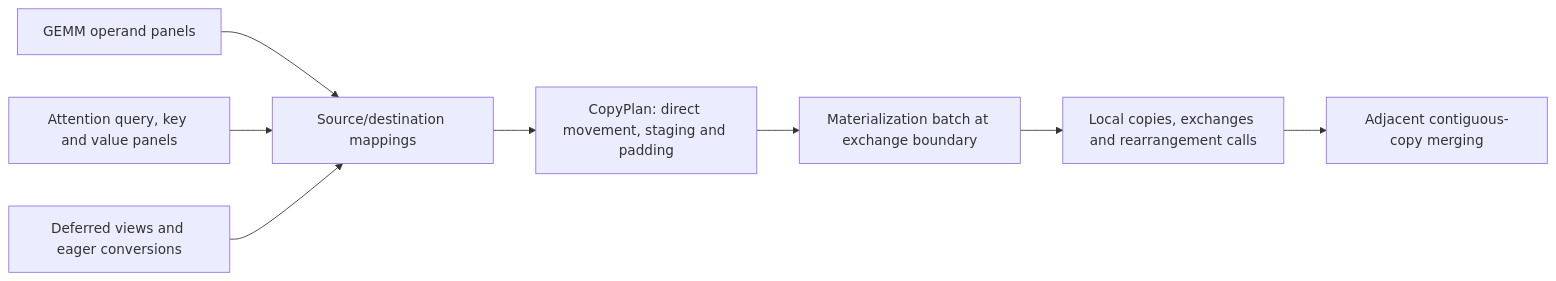
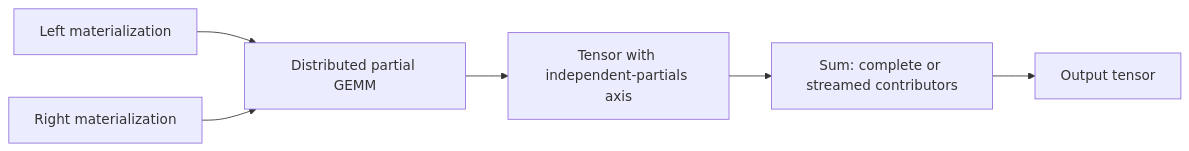
One commit to osmarks/ipu-stack changed the third of 3 diagrams in docs/COMPILER_DATA_FLOW.md. Above: the diagram before and after it, drawn with Mermaid. The commit also changed other lines of this file and 37 other files, not shown here.

````diff
--- a/docs/COMPILER_DATA_FLOW.md
+++ b/docs/COMPILER_DATA_FLOW.md
@@ -101,10 +66,8 @@
 ```mermaid
 flowchart LR
-  G[GEMM operand panels] --> MAP[Source/destination mappings]
-  A[Attention query, key and value panels] --> MAP
-  V[Deferred views and eager conversions] --> MAP
-  MAP --> PLAN[CopyPlan: direct movement, staging and padding]
-  PLAN --> BATCH[Materialization batch at exchange boundary]
-  BATCH --> WORK[Local copies, exchanges and rearrangement calls]
-  WORK --> PASS[Adjacent contiguous-copy merging]
+  L[Left materialization] --> GEMM[Distributed partial GEMM]
+  R[Right materialization] --> GEMM
+  GEMM --> P[Tensor with independent-partials axis]
+  P --> SUM[Sum: complete or streamed contributors]
+  SUM --> O[Output tensor]
 ```
````
